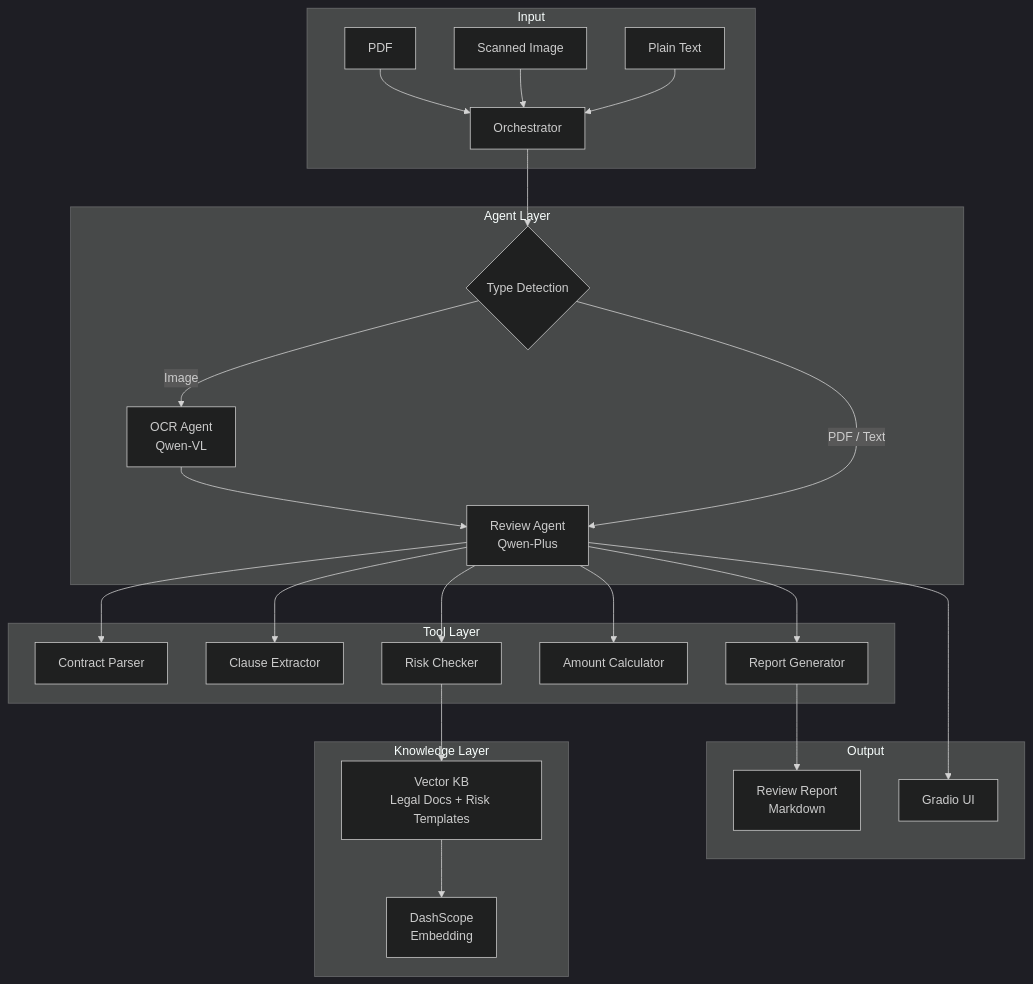
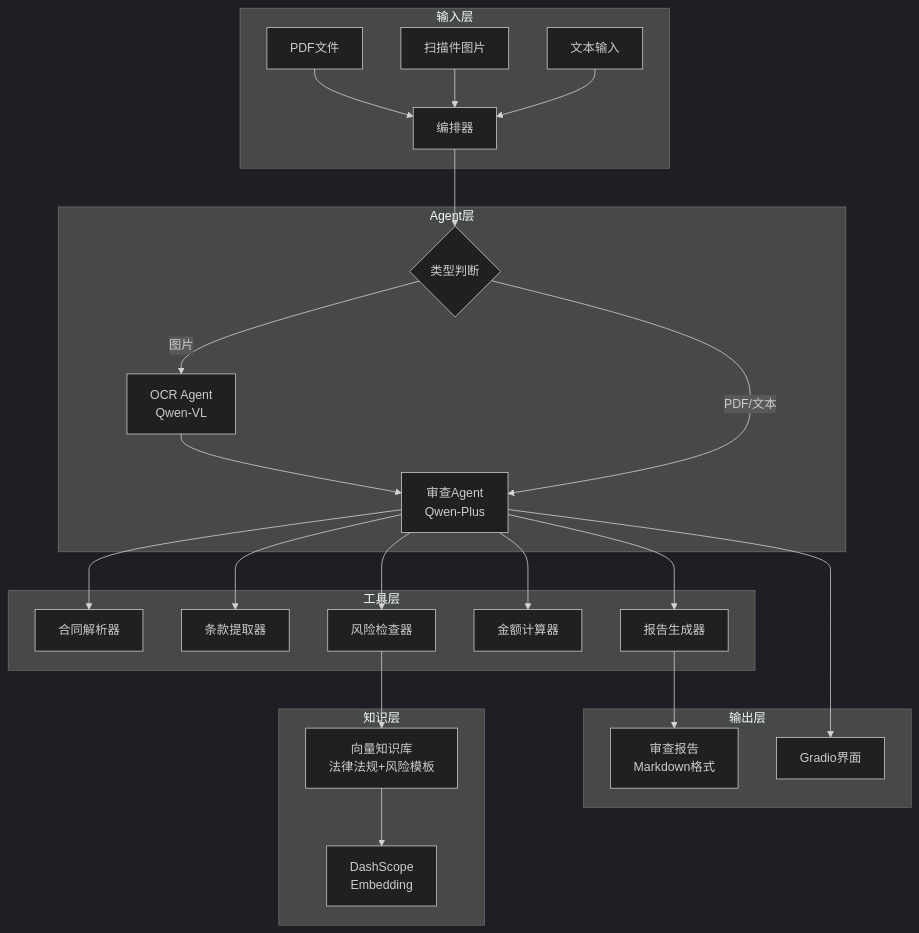
One commit to KevinBangbang/qianwen-contract-agent changed the diagram in README.md. Above: the diagram before and after it, drawn with Mermaid (dark theme). The commit also changed other lines of this file and 1 other file, not shown here.

````diff
--- a/README.md
+++ b/README.md
@@ -7,33 +9,33 @@
 ```mermaid
 graph TB
-    subgraph Input
-        A[PDF] --> D[Orchestrator]
-        B[Scanned Image] --> D
-        C[Plain Text] --> D
+    subgraph 输入层
+        A[PDF文件] --> D[编排器]
+        B[扫描件图片] --> D
+        C[文本输入] --> D
     end
 
-    subgraph Agent Layer
-        D --> E{Type Detection}
-        E -->|Image| F[OCR Agent<br/>Qwen-VL]
-        E -->|PDF / Text| G[Review Agent<br/>Qwen-Plus]
+    subgraph Agent层
+        D --> E{类型判断}
+        E -->|图片| F[OCR Agent<br/>Qwen-VL]
+        E -->|PDF/文本| G[审查Agent<br/>Qwen-Plus]
         F --> G
     end
 
-    subgraph Tool Layer
-        G --> H[Contract Parser]
-        G --> I[Clause Extractor]
-        G --> J[Risk Checker]
-        G --> K[Amount Calculator]
-        G --> L[Report Generator]
+    subgraph 工具层
+        G --> H[合同解析器]
+        G --> I[条款提取器]
+        G --> J[风险检查器]
+        G --> K[金额计算器]
+        G --> L[报告生成器]
     end
 
-    subgraph Knowledge Layer
-        J --> M[Vector KB<br/>Legal Docs + Risk Templates]
+    subgraph 知识层
+        J --> M[向量知识库<br/>法律法规+风险模板]
         M --> N[DashScope<br/>Embedding]
     end
 
-    subgraph Output
-        L --> O[Review Report<br/>Markdown]
-        G --> P[Gradio UI]
+    subgraph 输出层
+        L --> O[审查报告<br/>Markdown格式]
+        G --> P[Gradio界面]
     end
 ```
````
